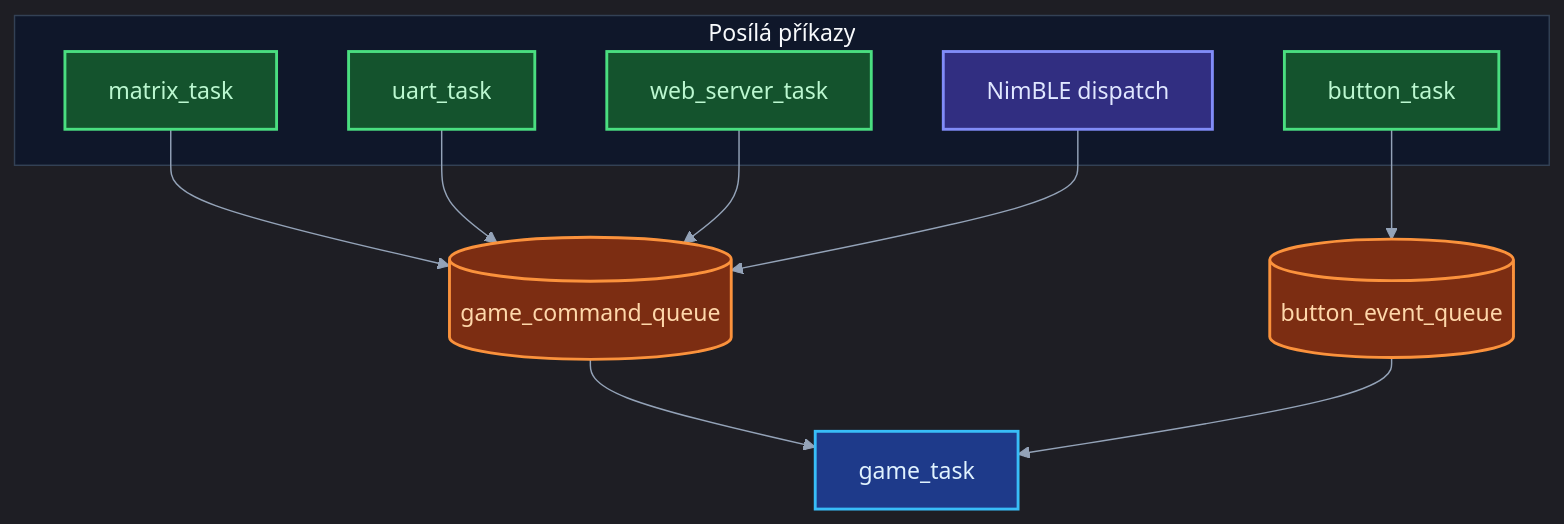
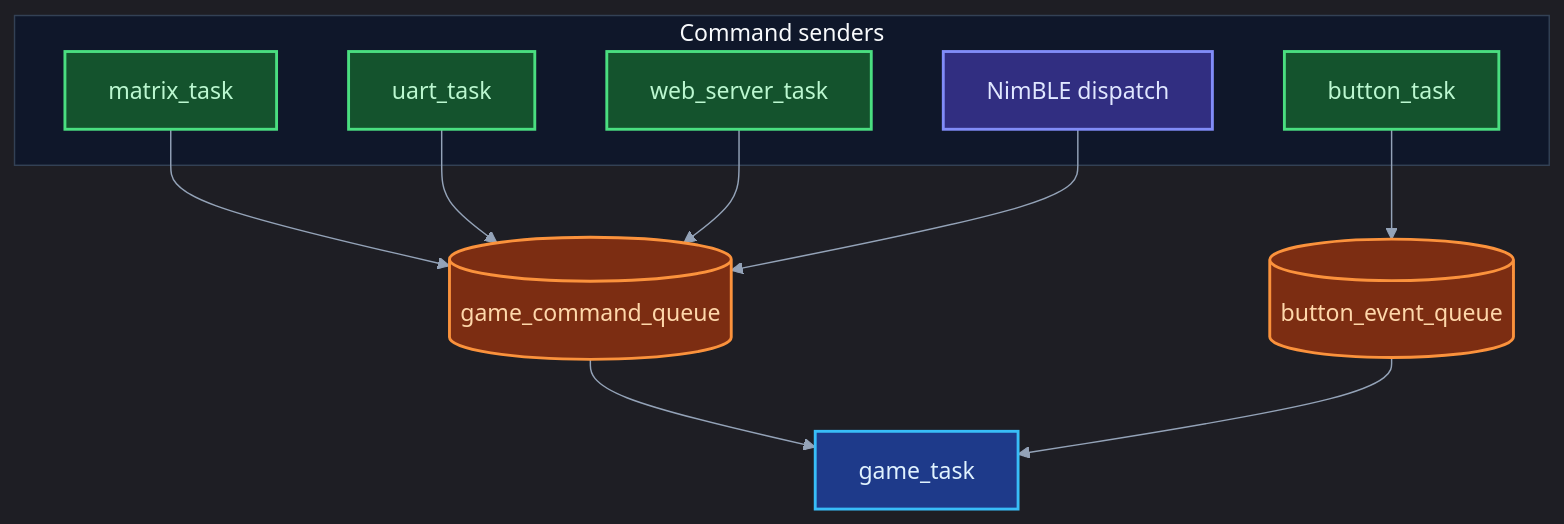
Before and after one commit to AlfredKrutina/chess_esp32_c6_devkit: the second of 6 diagrams in docs/diagrams/README.md, drawn with Mermaid. The commit also changed other lines of this file and 372 other files, not shown here.

````diff
--- a/docs/diagrams/README.md
+++ b/docs/diagrams/README.md
@@ -96,27 +96,27 @@
 ```mermaid
 %%{init: {'theme':'dark','themeVariables':{'clusterBkg':'#0f172a','clusterBorder':'#334155','lineColor':'#94a3b8','primaryTextColor':'#f1f5f9','edgeLabelBackground':'#1e293b','titleColor':'#f8fafc'}}}%%
 flowchart TB
-  subgraph PROD["Posílá příkazy"]
+  subgraph PROD["Command senders"]
     MT[matrix_task]:::taskN
     BTN[button_task]:::taskN
     UART[uart_task]:::taskN
     WEB[web_server_task]:::taskN
     BLE[NimBLE dispatch]:::bleN
   end
   GQ[("game_command_queue")]:::queueN
   BQ[("button_event_queue")]:::queueN
   GT[game_task]:::gameN
 
   MT --> GQ
   UART --> GQ
   WEB --> GQ
   BLE --> GQ
   BTN --> BQ
   GQ --> GT
   BQ --> GT
 
   classDef taskN fill:#14532d,stroke:#4ade80,stroke-width:2px,color:#bbf7d0
   classDef queueN fill:#7c2d12,stroke:#fb923c,stroke-width:2px,color:#fed7aa
   classDef gameN fill:#1e3a8a,stroke:#38bdf8,stroke-width:2px,color:#e0f2fe
   classDef bleN fill:#312e81,stroke:#818cf8,stroke-width:2px,color:#e0e7ff
 ```
````
